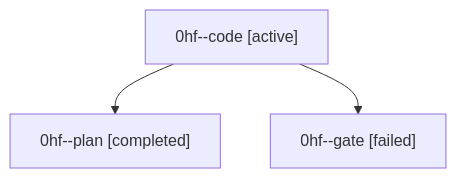
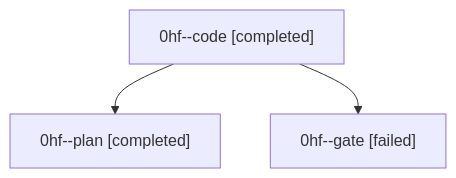
The diagram in sessions/bbugyi200.athena.0hf.md (sase-org/sase--agents), drawn with Mermaid before and after one commit. The commit also changed other lines of this file and 6 other files, not shown here.

````diff
--- a/sessions/bbugyi200.athena.0hf.md
+++ b/sessions/bbugyi200.athena.0hf.md
@@ -9,8 +9,8 @@
 ```mermaid
 flowchart TD
-  n0["0hf--code [active]"]
+  n0["0hf--code [completed]"]
   n1["0hf--plan [completed]"]
   n0 --> n1
   n2["0hf--gate [failed]"]
   n0 --> n2
 ```
````
